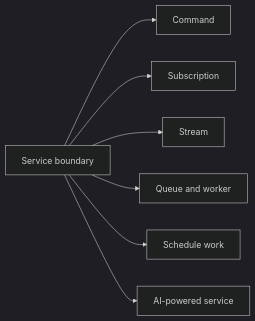
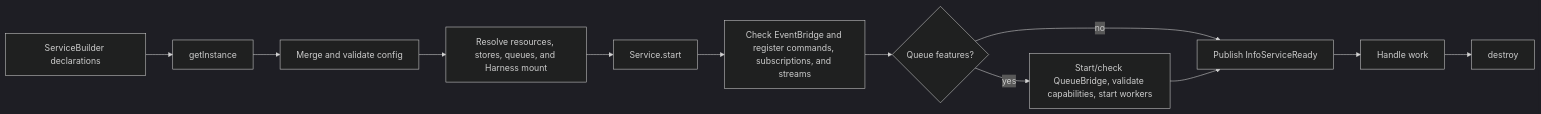
One commit to puristajs/purista changed the diagram in web/src/content/handbook/framework/build-services/index.md. Above: the diagram before and after it, drawn with Mermaid (dark theme). The commit also changed other lines of this file and 593 other files, not shown here.

````diff
--- a/web/src/content/handbook/framework/build-services/index.md
+++ b/web/src/content/handbook/framework/build-services/index.md
@@ -9,9 +9,14 @@
-```mermaid title="Service primitives by business outcome"
+```mermaid title="A service moves from declarations to a running boundary"
 flowchart LR
-  S[Service boundary] --> C[Command]
-  S --> U[Subscription]
-  S --> T[Stream]
-  S --> Q[Queue and worker]
-  S --> H[Schedule work]
-  S --> A[AI-powered service]
+  A[ServiceBuilder declarations] --> B[getInstance]
+  B --> C[Merge and validate config]
+  C --> D[Resolve resources, stores, queues, and Harness mount]
+  D --> E[Service.start]
+  E --> F[Check EventBridge and register commands, subscriptions, and streams]
+  F --> G{Queue features?}
+  G -->|yes| H[Start/check QueueBridge, validate capabilities, start workers]
+  G -->|no| I[Publish InfoServiceReady]
+  H --> I
+  I --> J[Handle work]
+  J --> K[destroy]
 ```
````
